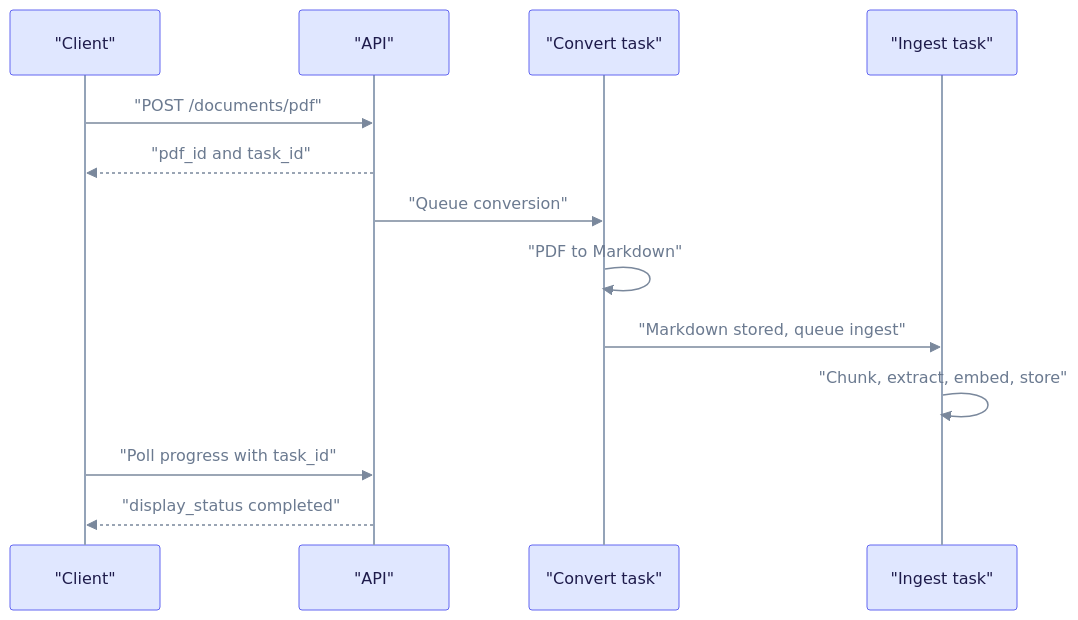
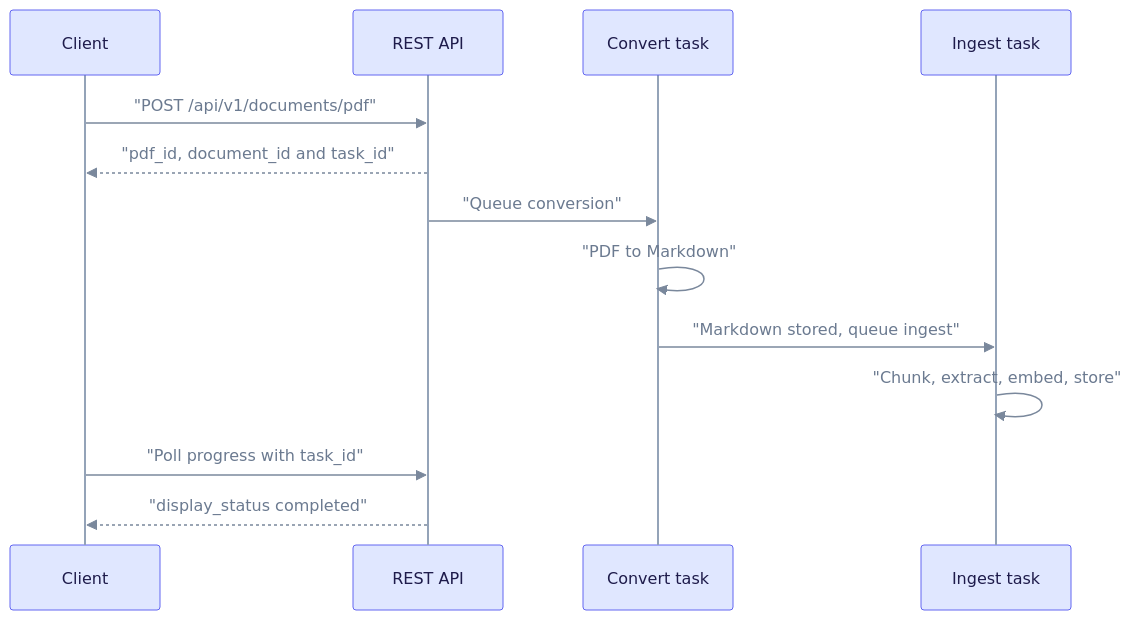
The first of 3 diagrams in docs/tutorials/pdf-ingestion.md (raphaelmansuy/edgequake), drawn with Mermaid before and after one commit. The commit also changed other lines of this file and 194 other files, not shown here.

First line of the commit message:
Refresh docs against code and rebuild schema E/R as progressive steps

````diff
--- a/docs/tutorials/pdf-ingestion.md
+++ b/docs/tutorials/pdf-ingestion.md
@@ -14,17 +16,17 @@
 ```mermaid
 %%{init: {"theme":"base","themeVariables":{"primaryColor":"#E0E7FF","primaryBorderColor":"#6366F1","primaryTextColor":"#1E1B4B","secondaryColor":"#D1FAE5","secondaryBorderColor":"#10B981","secondaryTextColor":"#064E3B","tertiaryColor":"#FEF3C7","tertiaryBorderColor":"#F59E0B","tertiaryTextColor":"#6B7A90","lineColor":"#7A889C","clusterBkg":"rgba(99,102,241,0.07)","clusterBorder":"#A5B4FC","noteBkgColor":"#FEF9C3","noteTextColor":"#422006","textColor":"#6B7A90","titleColor":"#6B7A90","signalColor":"#7A889C","signalTextColor":"#6B7A90","loopTextColor":"#6B7A90","edgeLabelBackground":"#F1F5F9","actorLineColor":"#94A3B8"}}}%%
 %% eq-theme:v1
 sequenceDiagram
-  participant C as "Client"
-  participant A as "API"
-  participant P as "Convert task"
-  participant I as "Ingest task"
-  C->>A: "POST /documents/pdf"
-  A-->>C: "pdf_id and task_id"
+  participant C as Client
+  participant A as REST API
+  participant P as Convert task
+  participant I as Ingest task
+  C->>A: "POST /api/v1/documents/pdf"
+  A-->>C: "pdf_id, document_id and task_id"
   A->>P: "Queue conversion"
   P->>P: "PDF to Markdown"
   P->>I: "Markdown stored, queue ingest"
   I->>I: "Chunk, extract, embed, store"
   C->>A: "Poll progress with task_id"
   A-->>C: "display_status completed"
 ```
````
